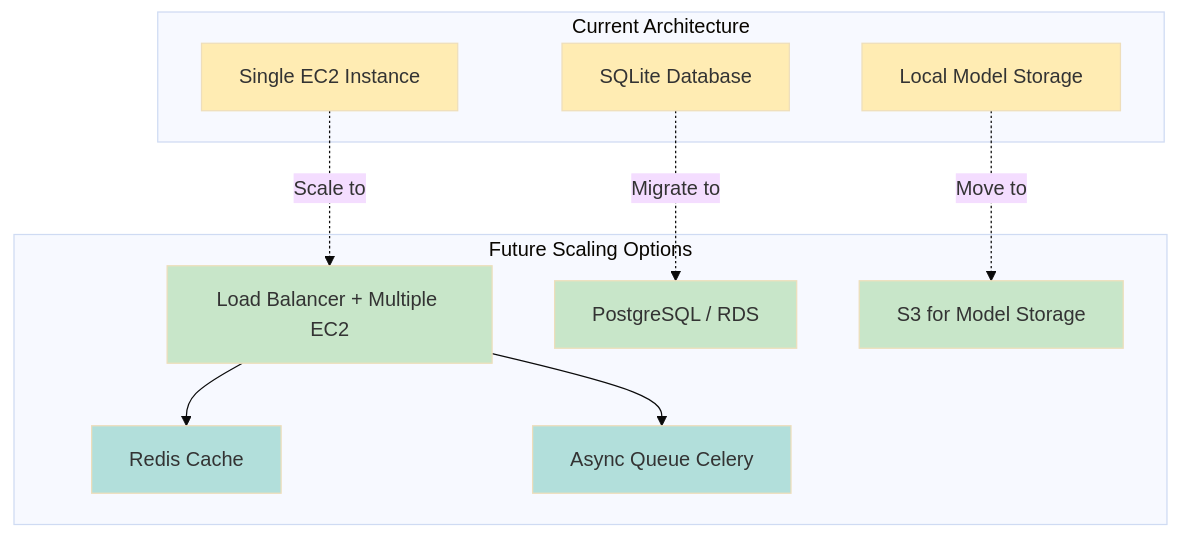
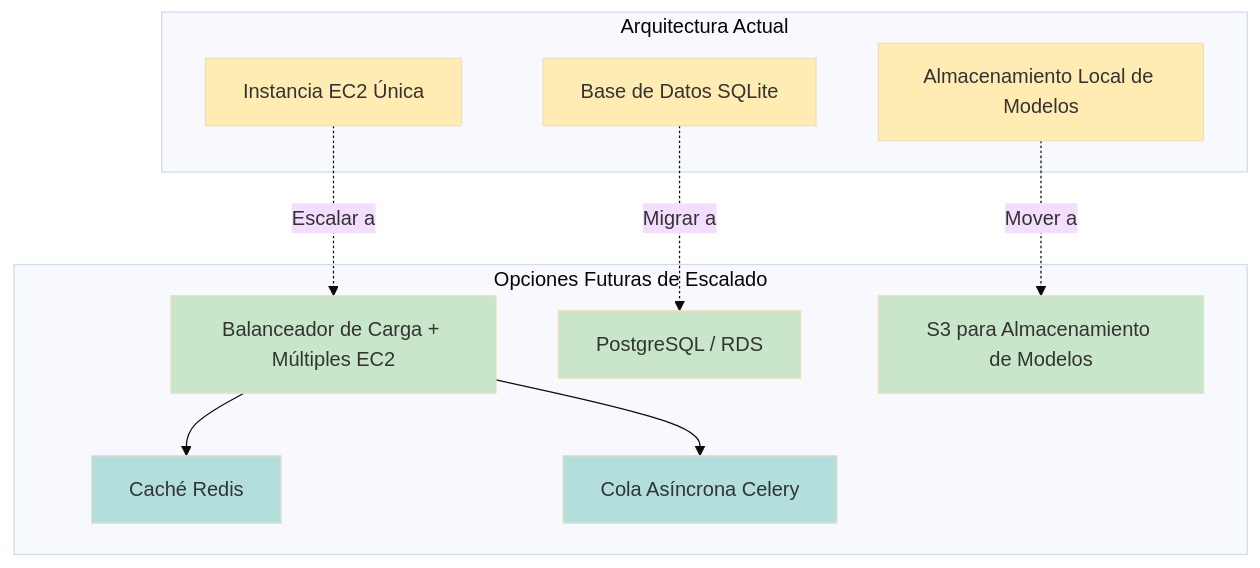
Before and after one commit to marioguaqueta/maia-back-proyecto: the seventh of 7 diagrams in ARCHITECTURE_DIAGRAM.md, drawn with Mermaid (base theme). The commit also changed other lines of this file and 5 other files, not shown here.

````diff
--- a/ARCHITECTURE_DIAGRAM.md
+++ b/ARCHITECTURE_DIAGRAM.md
@@ -366,31 +366,31 @@
 ```mermaid
 graph TB
-    subgraph "Current Architecture"
-        C1[Single EC2 Instance]
-        C2[SQLite Database]
-        C3[Local Model Storage]
+    subgraph "Arquitectura Actual"
+        C1[Instancia EC2 Única]
+        C2[Base de Datos SQLite]
+        C3[Almacenamiento Local de Modelos]
     end
     
-    subgraph "Future Scaling Options"
-        S1[Load Balancer + Multiple EC2]
+    subgraph "Opciones Futuras de Escalado"
+        S1[Balanceador de Carga + Múltiples EC2]
         S2[PostgreSQL / RDS]
-        S3[S3 for Model Storage]
-        S4[Redis Cache]
-        S5[Async Queue Celery]
+        S3[S3 para Almacenamiento de Modelos]
+        S4[Caché Redis]
+        S5[Cola Asíncrona Celery]
     end
     
-    C1 -.->|Scale to| S1
-    C2 -.->|Migrate to| S2
-    C3 -.->|Move to| S3
+    C1 -.->|Escalar a| S1
+    C2 -.->|Migrar a| S2
+    C3 -.->|Mover a| S3
     S1 --> S4
     S1 --> S5
     
     style C1 fill:#ffecb3
     style C2 fill:#ffecb3
     style C3 fill:#ffecb3
     style S1 fill:#c8e6c9
     style S2 fill:#c8e6c9
     style S3 fill:#c8e6c9
     style S4 fill:#b2dfdb
     style S5 fill:#b2dfdb
 ```
````
